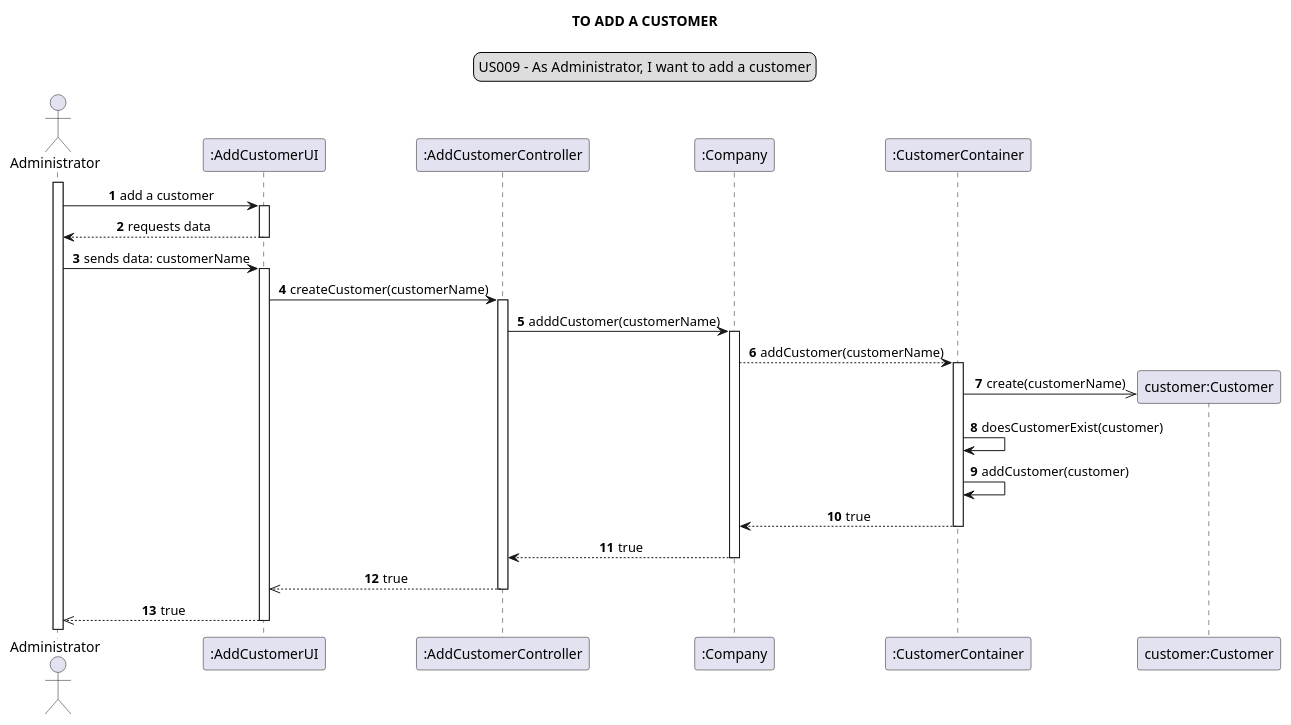
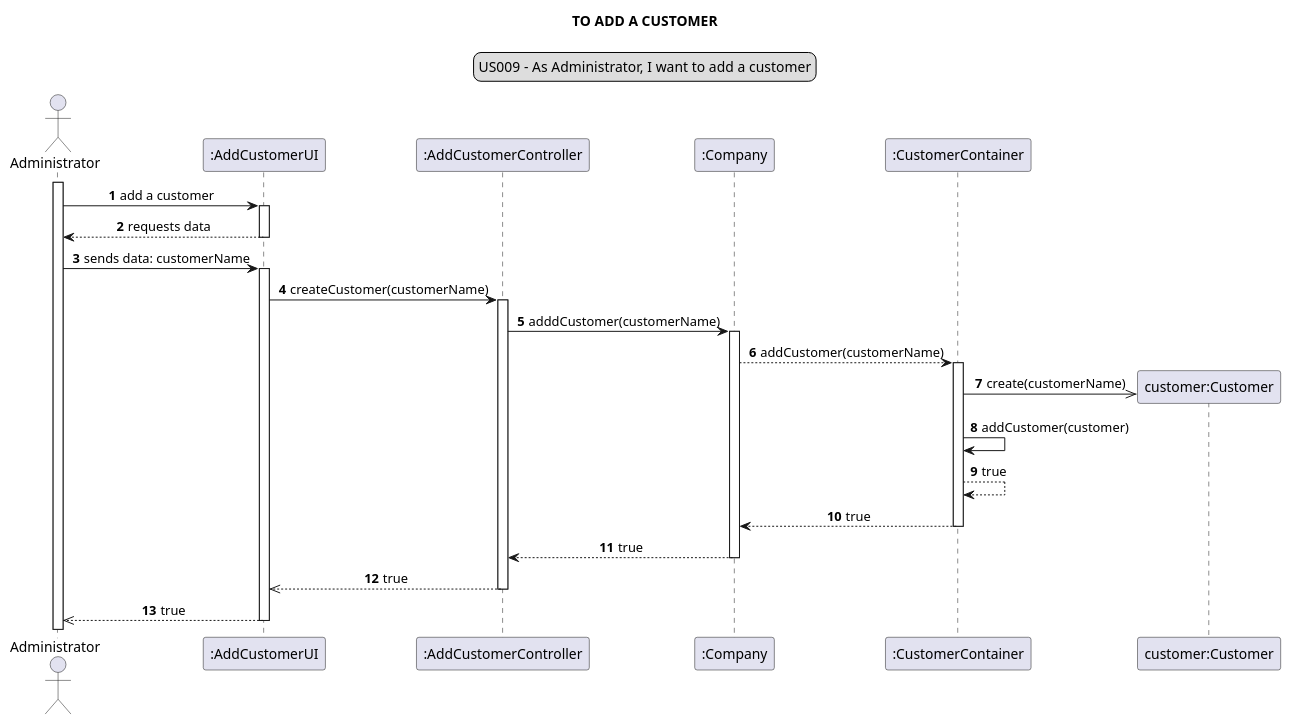
One commit to Loracline/project_switch_22-23 changed the diagram in docs/modelling_design/user_stories/us009/US009_sequenceDiagram.puml. Above: the diagram before and after it, drawn with PlantUML. The commit also changed other lines of this file and 2 other files, not shown here.

Commit message:
US009 : Design : refinement of class diagram and sequence diagram; and creation of System Sequence Diagram for US009.

```diff
--- a/docs/modelling_design/user_stories/us009/US009_sequenceDiagram.puml
+++ b/docs/modelling_design/user_stories/us009/US009_sequenceDiagram.puml
@@ -1,42 +1,42 @@
 @startuml
 skinparam sequenceMessageAlign center
 title TO ADD A CUSTOMER
 legend top
 US009 - As Administrator, I want to add a customer
 end legend
 autonumber
 actor Administrator
 participant ":AddCustomerUI" as ui
 participant ":AddCustomerController" as controller
 participant ":Company" as company
 participant ":CustomerContainer" as container
 participant "customer:Customer" as customer
 
 activate Administrator
 Administrator -> ui: add a customer
 activate ui
 ui --> Administrator: requests data
 deactivate ui
 Administrator -> ui: sends data: customerName
 activate ui
 ui -> controller: createCustomer(customerName)
 activate controller
 
 controller -> company: adddCustomer(customerName)
 activate company
 company --> container: addCustomer(customerName)
 create customer
 activate container
 container ->> customer: create(customerName)
-container -> container: doesCustomerExist(customer)
 container -> container: addCustomer(customer)
+container --> container: true
 container --> company: true
 deactivate container
 company --> controller: true
 deactivate company
 controller -->> ui: true
 deactivate controller
 ui -->>Administrator: true
 deactivate ui
 
 @enduml
```
